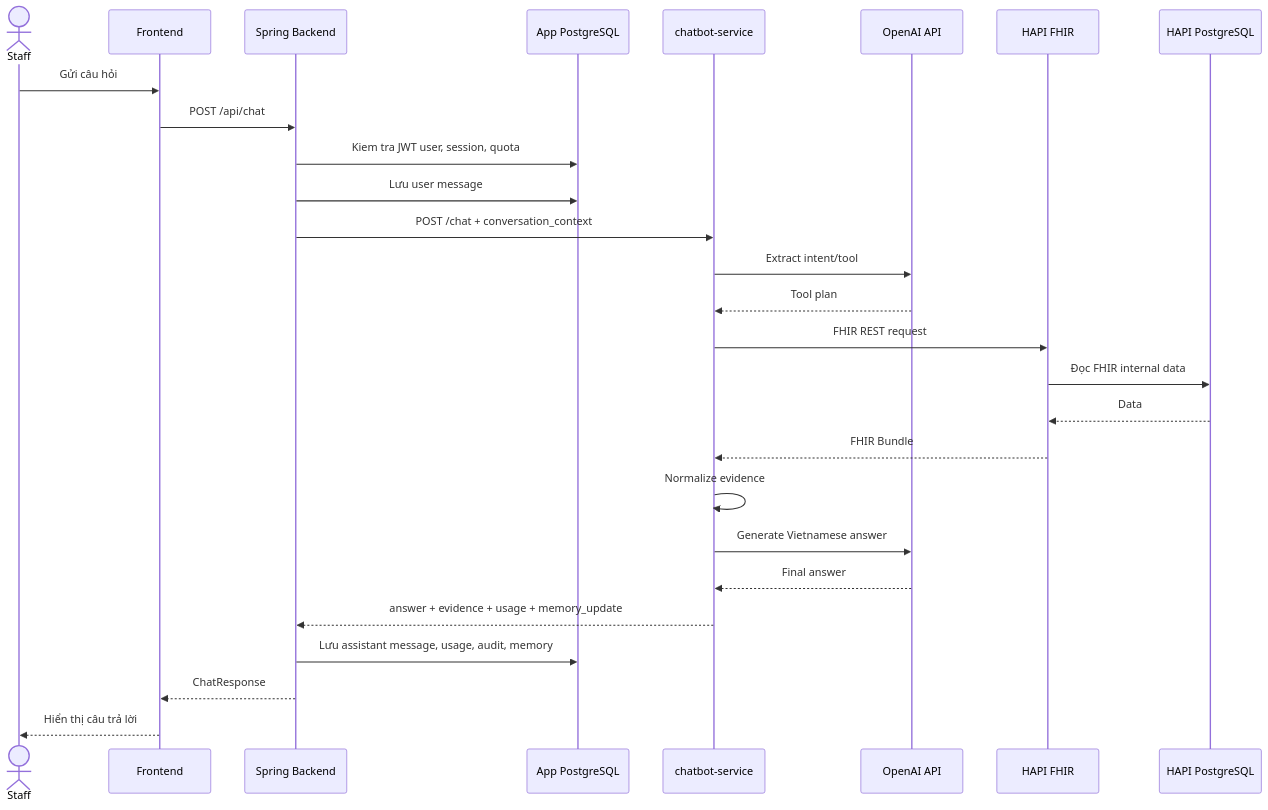
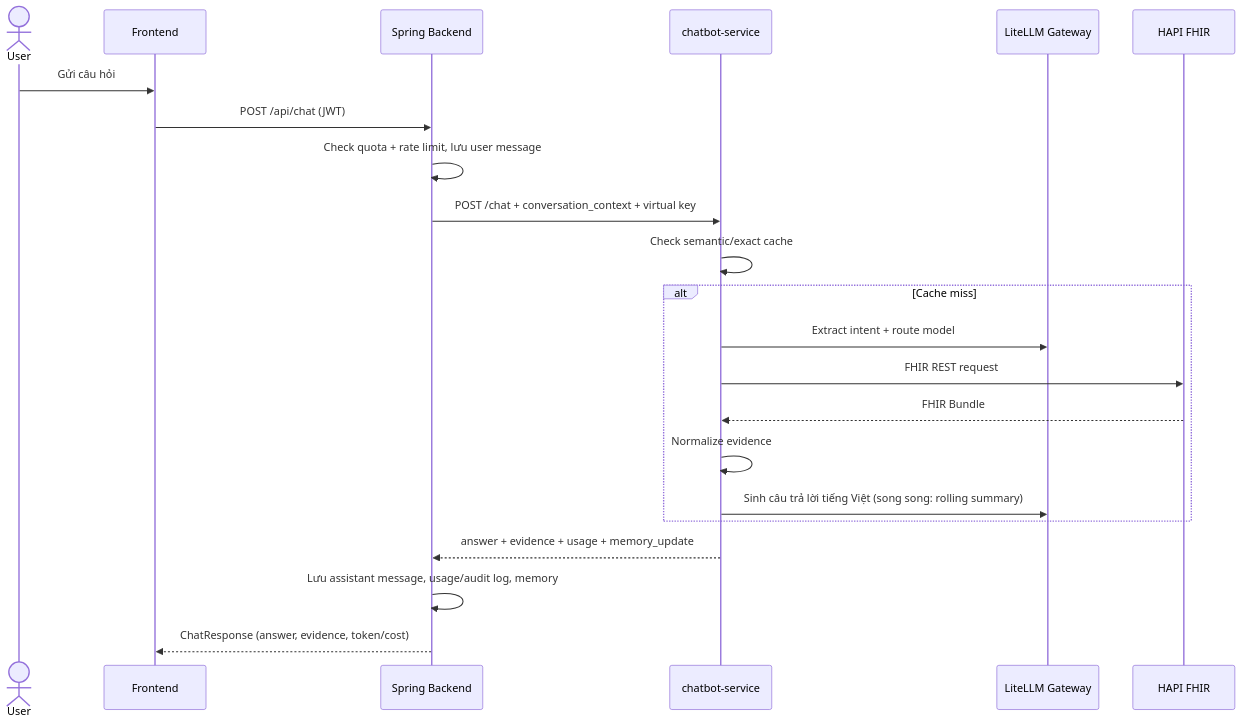
Before and after one commit to Hnd8604/medical-chatbot-system: the second of 2 diagrams in README.md, drawn with Mermaid. The commit also changed other lines of this file and 2 other files, not shown here.

````diff
--- a/README.md
+++ b/README.md
@@ -64,30 +68,25 @@
 ```mermaid
 sequenceDiagram
-    actor Staff
+    actor User
     participant FE as Frontend
     participant Spring as Spring Backend
-    participant AppDB as App PostgreSQL
     participant Bot as chatbot-service
-    participant LLM as OpenAI API
+    participant GW as LiteLLM Gateway
     participant HAPI as HAPI FHIR
-    participant HapiDB as HAPI PostgreSQL
 
-    Staff->>FE: Gửi câu hỏi
-    FE->>Spring: POST /api/chat
-    Spring->>AppDB: Kiem tra JWT user, session, quota
-    Spring->>AppDB: Lưu user message
-    Spring->>Bot: POST /chat + conversation_context
-    Bot->>LLM: Extract intent/tool
-    LLM-->>Bot: Tool plan
-    Bot->>HAPI: FHIR REST request
-    HAPI->>HapiDB: Đọc FHIR internal data
-    HapiDB-->>HAPI: Data
-    HAPI-->>Bot: FHIR Bundle
-    Bot->>Bot: Normalize evidence
-    Bot->>LLM: Generate Vietnamese answer
-    LLM-->>Bot: Final answer
+    User->>FE: Gửi câu hỏi
+    FE->>Spring: POST /api/chat (JWT)
+    Spring->>Spring: Check quota + rate limit, lưu user message
+    Spring->>Bot: POST /chat + conversation_context + virtual key
+    Bot->>Bot: Check semantic/exact cache
+    alt Cache miss
+        Bot->>GW: Extract intent + route model
+        Bot->>HAPI: FHIR REST request
+        HAPI-->>Bot: FHIR Bundle
+        Bot->>Bot: Normalize evidence
+        Bot->>GW: Sinh câu trả lời tiếng Việt (song song: rolling summary)
+    end
     Bot-->>Spring: answer + evidence + usage + memory_update
-    Spring->>AppDB: Lưu assistant message, usage, audit, memory
-    Spring-->>FE: ChatResponse
-    FE-->>Staff: Hiển thị câu trả lời
+    Spring->>Spring: Lưu assistant message, usage/audit log, memory
+    Spring-->>FE: ChatResponse (answer, evidence, token/cost)
 ```
````
